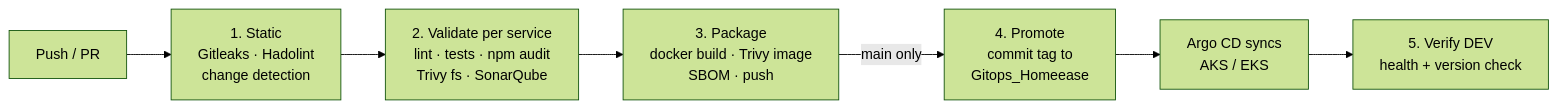
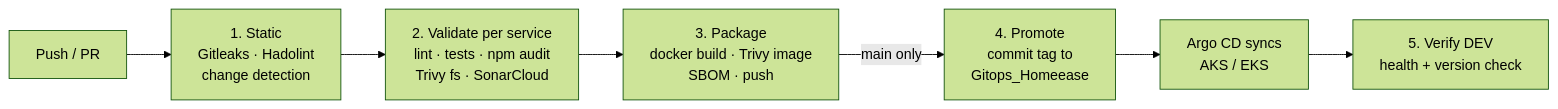
The second of 2 diagrams in README.md (SrinidhiSanjeevi/app_Homeease), drawn with Mermaid (forest theme) before and after one commit. The commit also changed other lines of this file and 18 other files, not shown here.

````diff
--- a/README.md
+++ b/README.md
@@ -116,9 +142,9 @@
 ```mermaid
 flowchart LR
     PR[Push / PR] --> S[1. Static<br/>Gitleaks · Hadolint<br/>change detection]
-    S --> V[2. Validate per service<br/>lint · tests · npm audit<br/>Trivy fs · SonarQube]
+    S --> V[2. Validate per service<br/>lint · tests · npm audit<br/>Trivy fs · SonarCloud]
     V --> P[3. Package<br/>docker build · Trivy image<br/>SBOM · push]
     P -->|main only| G[4. Promote<br/>commit tag to<br/>Gitops_Homeease]
     G --> A[Argo CD syncs<br/>AKS / EKS]
     A --> D[5. Verify DEV<br/>health + version check]
 ```
````
